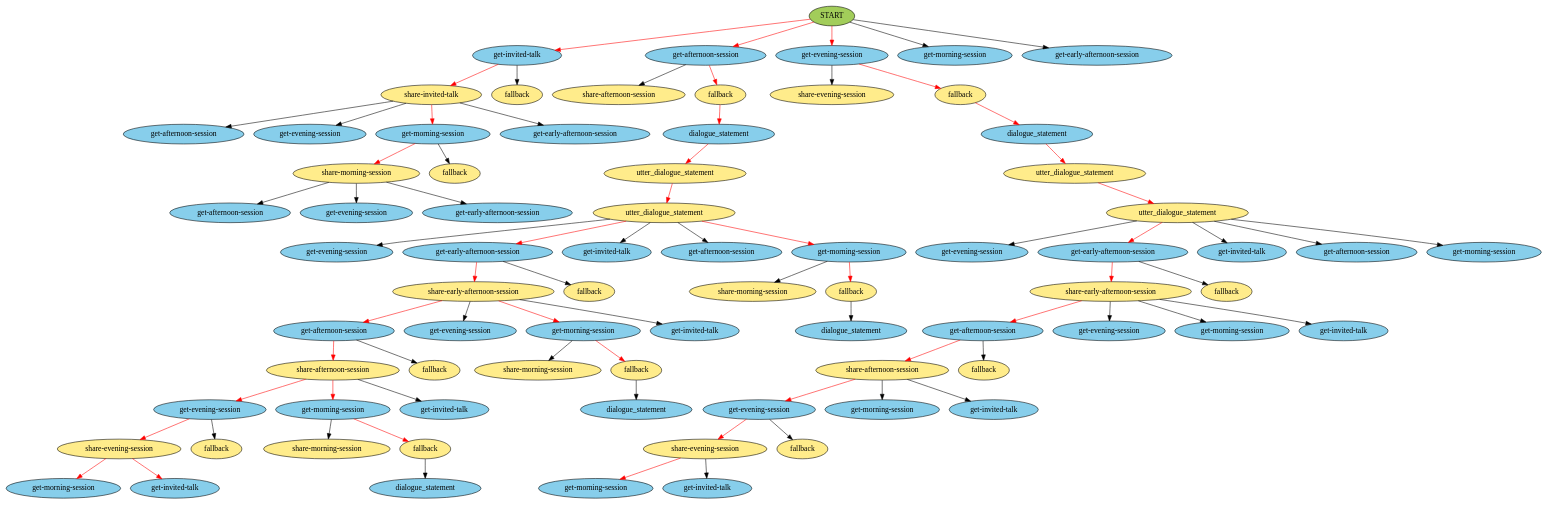
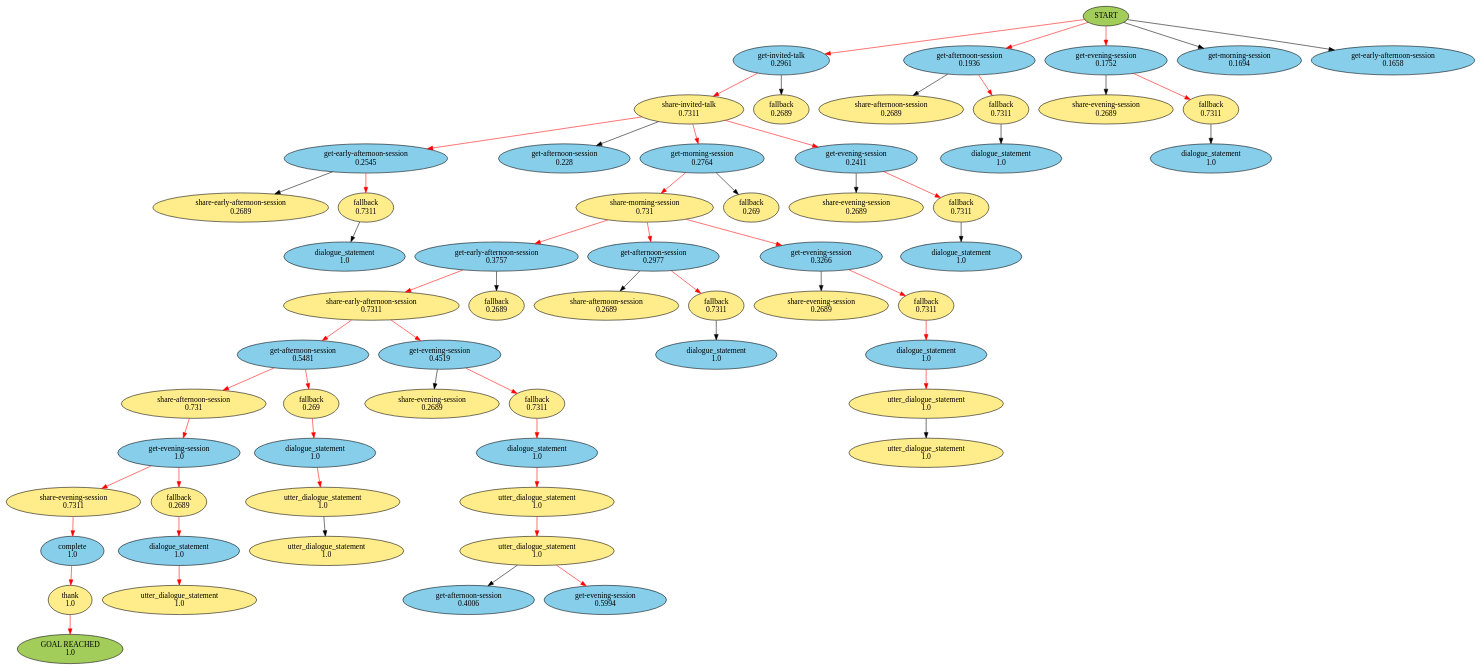
One commit to IBM/contingent-plan-executor changed the diagram in beam_search.gv. Above: the diagram before and after it, drawn with Graphviz. The commit also changed 3 other files, not shown here.

Commit message:
add probabilities to beam search diagram

```diff
--- a/beam_search.gv
+++ b/beam_search.gv
@@ -1,153 +1,183 @@
 digraph {
 	0 [label=START fillcolor=darkolivegreen3 style=filled]
-	1 [label="get-invited-talk" fillcolor=skyblue style=filled]
+	1 [label="get-invited-talk
+0.2961" fillcolor=skyblue style=filled]
 	0 -> 1 [color=red]
-	2 [label="get-afternoon-session" fillcolor=skyblue style=filled]
+	2 [label="get-afternoon-session
+0.1936" fillcolor=skyblue style=filled]
 	0 -> 2 [color=red]
-	3 [label="get-evening-session" fillcolor=skyblue style=filled]
+	3 [label="get-evening-session
+0.1752" fillcolor=skyblue style=filled]
 	0 -> 3 [color=red]
-	4 [label="get-morning-session" fillcolor=skyblue style=filled]
+	4 [label="get-morning-session
+0.1694" fillcolor=skyblue style=filled]
 	0 -> 4 [color=black]
-	5 [label="get-early-afternoon-session" fillcolor=skyblue style=filled]
+	5 [label="get-early-afternoon-session
+0.1658" fillcolor=skyblue style=filled]
 	0 -> 5 [color=black]
-	6 [label="share-invited-talk" fillcolor=lightgoldenrod1 style=filled]
+	6 [label="share-invited-talk
+0.7311" fillcolor=lightgoldenrod1 style=filled]
 	1 -> 6 [color=red]
-	7 [label=fallback fillcolor=lightgoldenrod1 style=filled]
+	7 [label="fallback
+0.2689" fillcolor=lightgoldenrod1 style=filled]
 	1 -> 7 [color=black]
-	8 [label="share-afternoon-session" fillcolor=lightgoldenrod1 style=filled]
+	8 [label="share-afternoon-session
+0.2689" fillcolor=lightgoldenrod1 style=filled]
 	2 -> 8 [color=black]
-	9 [label=fallback fillcolor=lightgoldenrod1 style=filled]
+	9 [label="fallback
+0.7311" fillcolor=lightgoldenrod1 style=filled]
 	2 -> 9 [color=red]
-	10 [label="share-evening-session" fillcolor=lightgoldenrod1 style=filled]
+	10 [label="share-evening-session
+0.2689" fillcolor=lightgoldenrod1 style=filled]
 	3 -> 10 [color=black]
-	11 [label=fallback fillcolor=lightgoldenrod1 style=filled]
+	11 [label="fallback
+0.7311" fillcolor=lightgoldenrod1 style=filled]
 	3 -> 11 [color=red]
-	12 [label="get-afternoon-session" fillcolor=skyblue style=filled]
-	6 -> 12 [color=black]
-	13 [label="get-evening-session" fillcolor=skyblue style=filled]
+	12 [label="get-early-afternoon-session
+0.2545" fillcolor=skyblue style=filled]
+	6 -> 12 [color=red]
+	13 [label="get-afternoon-session
+0.228" fillcolor=skyblue style=filled]
 	6 -> 13 [color=black]
-	14 [label="get-morning-session" fillcolor=skyblue style=filled]
+	14 [label="get-morning-session
+0.2764" fillcolor=skyblue style=filled]
 	6 -> 14 [color=red]
-	15 [label="get-early-afternoon-session" fillcolor=skyblue style=filled]
-	6 -> 15 [color=black]
-	16 [label=dialogue_statement fillcolor=skyblue style=filled]
-	9 -> 16 [color=red]
-	17 [label=dialogue_statement fillcolor=skyblue style=filled]
-	11 -> 17 [color=red]
-	18 [label=utter_dialogue_statement fillcolor=lightgoldenrod1 style=filled]
-	16 -> 18 [color=red]
-	19 [label=utter_dialogue_statement fillcolor=lightgoldenrod1 style=filled]
-	17 -> 19 [color=red]
-	20 [label=utter_dialogue_statement fillcolor=lightgoldenrod1 style=filled]
-	18 -> 20 [color=red]
-	21 [label=utter_dialogue_statement fillcolor=lightgoldenrod1 style=filled]
-	19 -> 21 [color=red]
-	22 [label="share-morning-session" fillcolor=lightgoldenrod1 style=filled]
-	14 -> 22 [color=red]
-	23 [label=fallback fillcolor=lightgoldenrod1 style=filled]
-	14 -> 23 [color=black]
-	24 [label="get-evening-session" fillcolor=skyblue style=filled]
-	20 -> 24 [color=black]
-	25 [label="get-early-afternoon-session" fillcolor=skyblue style=filled]
-	20 -> 25 [color=red]
-	26 [label="get-invited-talk" fillcolor=skyblue style=filled]
-	20 -> 26 [color=black]
-	27 [label="get-afternoon-session" fillcolor=skyblue style=filled]
-	20 -> 27 [color=black]
-	28 [label="get-morning-session" fillcolor=skyblue style=filled]
-	20 -> 28 [color=red]
-	29 [label="get-evening-session" fillcolor=skyblue style=filled]
-	21 -> 29 [color=black]
-	30 [label="get-early-afternoon-session" fillcolor=skyblue style=filled]
-	21 -> 30 [color=red]
-	31 [label="get-invited-talk" fillcolor=skyblue style=filled]
-	21 -> 31 [color=black]
-	32 [label="get-afternoon-session" fillcolor=skyblue style=filled]
-	21 -> 32 [color=black]
-	33 [label="get-morning-session" fillcolor=skyblue style=filled]
-	21 -> 33 [color=black]
-	34 [label="get-afternoon-session" fillcolor=skyblue style=filled]
-	22 -> 34 [color=black]
-	35 [label="get-evening-session" fillcolor=skyblue style=filled]
-	22 -> 35 [color=black]
-	36 [label="get-early-afternoon-session" fillcolor=skyblue style=filled]
-	22 -> 36 [color=black]
-	37 [label="share-early-afternoon-session" fillcolor=lightgoldenrod1 style=filled]
-	25 -> 37 [color=red]
-	38 [label=fallback fillcolor=lightgoldenrod1 style=filled]
-	25 -> 38 [color=black]
-	39 [label="share-morning-session" fillcolor=lightgoldenrod1 style=filled]
-	28 -> 39 [color=black]
-	40 [label=fallback fillcolor=lightgoldenrod1 style=filled]
-	28 -> 40 [color=red]
-	41 [label="share-early-afternoon-session" fillcolor=lightgoldenrod1 style=filled]
-	30 -> 41 [color=red]
-	42 [label=fallback fillcolor=lightgoldenrod1 style=filled]
-	30 -> 42 [color=black]
-	43 [label="get-afternoon-session" fillcolor=skyblue style=filled]
-	37 -> 43 [color=red]
-	44 [label="get-evening-session" fillcolor=skyblue style=filled]
-	37 -> 44 [color=black]
-	45 [label="get-morning-session" fillcolor=skyblue style=filled]
-	37 -> 45 [color=red]
-	46 [label="get-invited-talk" fillcolor=skyblue style=filled]
-	37 -> 46 [color=black]
-	47 [label=dialogue_statement fillcolor=skyblue style=filled]
-	40 -> 47 [color=black]
-	48 [label="get-afternoon-session" fillcolor=skyblue style=filled]
-	41 -> 48 [color=red]
-	49 [label="get-evening-session" fillcolor=skyblue style=filled]
-	41 -> 49 [color=black]
-	50 [label="get-morning-session" fillcolor=skyblue style=filled]
-	41 -> 50 [color=black]
-	51 [label="get-invited-talk" fillcolor=skyblue style=filled]
-	41 -> 51 [color=black]
-	52 [label="share-afternoon-session" fillcolor=lightgoldenrod1 style=filled]
-	43 -> 52 [color=red]
-	53 [label=fallback fillcolor=lightgoldenrod1 style=filled]
-	43 -> 53 [color=black]
-	54 [label="share-afternoon-session" fillcolor=lightgoldenrod1 style=filled]
-	48 -> 54 [color=red]
-	55 [label=fallback fillcolor=lightgoldenrod1 style=filled]
-	48 -> 55 [color=black]
-	56 [label="share-morning-session" fillcolor=lightgoldenrod1 style=filled]
-	45 -> 56 [color=black]
-	57 [label=fallback fillcolor=lightgoldenrod1 style=filled]
-	45 -> 57 [color=red]
-	58 [label="get-evening-session" fillcolor=skyblue style=filled]
-	52 -> 58 [color=red]
-	59 [label="get-morning-session" fillcolor=skyblue style=filled]
-	52 -> 59 [color=red]
-	60 [label="get-invited-talk" fillcolor=skyblue style=filled]
-	52 -> 60 [color=black]
-	61 [label="get-evening-session" fillcolor=skyblue style=filled]
-	54 -> 61 [color=red]
-	62 [label="get-morning-session" fillcolor=skyblue style=filled]
-	54 -> 62 [color=black]
-	63 [label="get-invited-talk" fillcolor=skyblue style=filled]
-	54 -> 63 [color=black]
-	64 [label=dialogue_statement fillcolor=skyblue style=filled]
-	57 -> 64 [color=black]
-	65 [label="share-evening-session" fillcolor=lightgoldenrod1 style=filled]
-	58 -> 65 [color=red]
-	66 [label=fallback fillcolor=lightgoldenrod1 style=filled]
-	58 -> 66 [color=black]
-	67 [label="share-morning-session" fillcolor=lightgoldenrod1 style=filled]
-	59 -> 67 [color=black]
-	68 [label=fallback fillcolor=lightgoldenrod1 style=filled]
-	59 -> 68 [color=red]
-	69 [label="share-evening-session" fillcolor=lightgoldenrod1 style=filled]
-	61 -> 69 [color=red]
-	70 [label=fallback fillcolor=lightgoldenrod1 style=filled]
-	61 -> 70 [color=black]
-	71 [label="get-morning-session" fillcolor=skyblue style=filled]
-	65 -> 71 [color=red]
-	72 [label="get-invited-talk" fillcolor=skyblue style=filled]
-	65 -> 72 [color=red]
-	73 [label=dialogue_statement fillcolor=skyblue style=filled]
-	68 -> 73 [color=black]
-	74 [label="get-morning-session" fillcolor=skyblue style=filled]
-	69 -> 74 [color=red]
-	75 [label="get-invited-talk" fillcolor=skyblue style=filled]
-	69 -> 75 [color=black]
+	15 [label="get-evening-session
+0.2411" fillcolor=skyblue style=filled]
+	6 -> 15 [color=red]
+	16 [label="dialogue_statement
+1.0" fillcolor=skyblue style=filled]
+	9 -> 16 [color=black]
+	17 [label="dialogue_statement
+1.0" fillcolor=skyblue style=filled]
+	11 -> 17 [color=black]
+	18 [label="share-morning-session
+0.731" fillcolor=lightgoldenrod1 style=filled]
+	14 -> 18 [color=red]
+	19 [label="fallback
+0.269" fillcolor=lightgoldenrod1 style=filled]
+	14 -> 19 [color=black]
+	20 [label="share-early-afternoon-session
+0.2689" fillcolor=lightgoldenrod1 style=filled]
+	12 -> 20 [color=black]
+	21 [label="fallback
+0.7311" fillcolor=lightgoldenrod1 style=filled]
+	12 -> 21 [color=red]
+	22 [label="share-evening-session
+0.2689" fillcolor=lightgoldenrod1 style=filled]
+	15 -> 22 [color=black]
+	23 [label="fallback
+0.7311" fillcolor=lightgoldenrod1 style=filled]
+	15 -> 23 [color=red]
+	24 [label="get-early-afternoon-session
+0.3757" fillcolor=skyblue style=filled]
+	18 -> 24 [color=red]
+	25 [label="get-afternoon-session
+0.2977" fillcolor=skyblue style=filled]
+	18 -> 25 [color=red]
+	26 [label="get-evening-session
+0.3266" fillcolor=skyblue style=filled]
+	18 -> 26 [color=red]
+	27 [label="dialogue_statement
+1.0" fillcolor=skyblue style=filled]
+	21 -> 27 [color=black]
+	28 [label="dialogue_statement
+1.0" fillcolor=skyblue style=filled]
+	23 -> 28 [color=black]
+	29 [label="share-early-afternoon-session
+0.7311" fillcolor=lightgoldenrod1 style=filled]
+	24 -> 29 [color=red]
+	30 [label="fallback
+0.2689" fillcolor=lightgoldenrod1 style=filled]
+	24 -> 30 [color=black]
+	31 [label="share-evening-session
+0.2689" fillcolor=lightgoldenrod1 style=filled]
+	26 -> 31 [color=black]
+	32 [label="fallback
+0.7311" fillcolor=lightgoldenrod1 style=filled]
+	26 -> 32 [color=red]
+	33 [label="share-afternoon-session
+0.2689" fillcolor=lightgoldenrod1 style=filled]
+	25 -> 33 [color=black]
+	34 [label="fallback
+0.7311" fillcolor=lightgoldenrod1 style=filled]
+	25 -> 34 [color=red]
+	35 [label="get-afternoon-session
+0.5481" fillcolor=skyblue style=filled]
+	29 -> 35 [color=red]
+	36 [label="get-evening-session
+0.4519" fillcolor=skyblue style=filled]
+	29 -> 36 [color=red]
+	37 [label="dialogue_statement
+1.0" fillcolor=skyblue style=filled]
+	32 -> 37 [color=red]
+	38 [label="dialogue_statement
+1.0" fillcolor=skyblue style=filled]
+	34 -> 38 [color=black]
+	39 [label="utter_dialogue_statement
+1.0" fillcolor=lightgoldenrod1 style=filled]
+	37 -> 39 [color=red]
+	40 [label="share-afternoon-session
+0.731" fillcolor=lightgoldenrod1 style=filled]
+	35 -> 40 [color=red]
+	41 [label="fallback
+0.269" fillcolor=lightgoldenrod1 style=filled]
+	35 -> 41 [color=red]
+	42 [label="share-evening-session
+0.2689" fillcolor=lightgoldenrod1 style=filled]
+	36 -> 42 [color=black]
+	43 [label="fallback
+0.7311" fillcolor=lightgoldenrod1 style=filled]
+	36 -> 43 [color=red]
+	44 [label="utter_dialogue_statement
+1.0" fillcolor=lightgoldenrod1 style=filled]
+	39 -> 44 [color=black]
+	45 [label="get-evening-session
+1.0" fillcolor=skyblue style=filled]
+	40 -> 45 [color=red]
+	46 [label="dialogue_statement
+1.0" fillcolor=skyblue style=filled]
+	43 -> 46 [color=red]
+	47 [label="dialogue_statement
+1.0" fillcolor=skyblue style=filled]
+	41 -> 47 [color=red]
+	48 [label="utter_dialogue_statement
+1.0" fillcolor=lightgoldenrod1 style=filled]
+	46 -> 48 [color=red]
+	49 [label="utter_dialogue_statement
+1.0" fillcolor=lightgoldenrod1 style=filled]
+	47 -> 49 [color=red]
+	50 [label="share-evening-session
+0.7311" fillcolor=lightgoldenrod1 style=filled]
+	45 -> 50 [color=red]
+	51 [label="fallback
+0.2689" fillcolor=lightgoldenrod1 style=filled]
+	45 -> 51 [color=red]
+	52 [label="utter_dialogue_statement
+1.0" fillcolor=lightgoldenrod1 style=filled]
+	48 -> 52 [color=red]
+	53 [label="utter_dialogue_statement
+1.0" fillcolor=lightgoldenrod1 style=filled]
+	49 -> 53 [color=black]
+	54 [label="complete
+1.0" fillcolor=skyblue style=filled]
+	50 -> 54 [color=red]
+	55 [label="dialogue_statement
+1.0" fillcolor=skyblue style=filled]
+	51 -> 55 [color=red]
+	56 [label="get-afternoon-session
+0.4006" fillcolor=skyblue style=filled]
+	52 -> 56 [color=black]
+	57 [label="get-evening-session
+0.5994" fillcolor=skyblue style=filled]
+	52 -> 57 [color=red]
+	58 [label="thank
+1.0" fillcolor=lightgoldenrod1 style=filled]
+	54 -> 58 [color=red]
+	59 [label="utter_dialogue_statement
+1.0" fillcolor=lightgoldenrod1 style=filled]
+	55 -> 59 [color=red]
+	60 [label="GOAL REACHED
+1.0" fillcolor=darkolivegreen3 style=filled]
+	58 -> 60 [color=red]
 }
```
